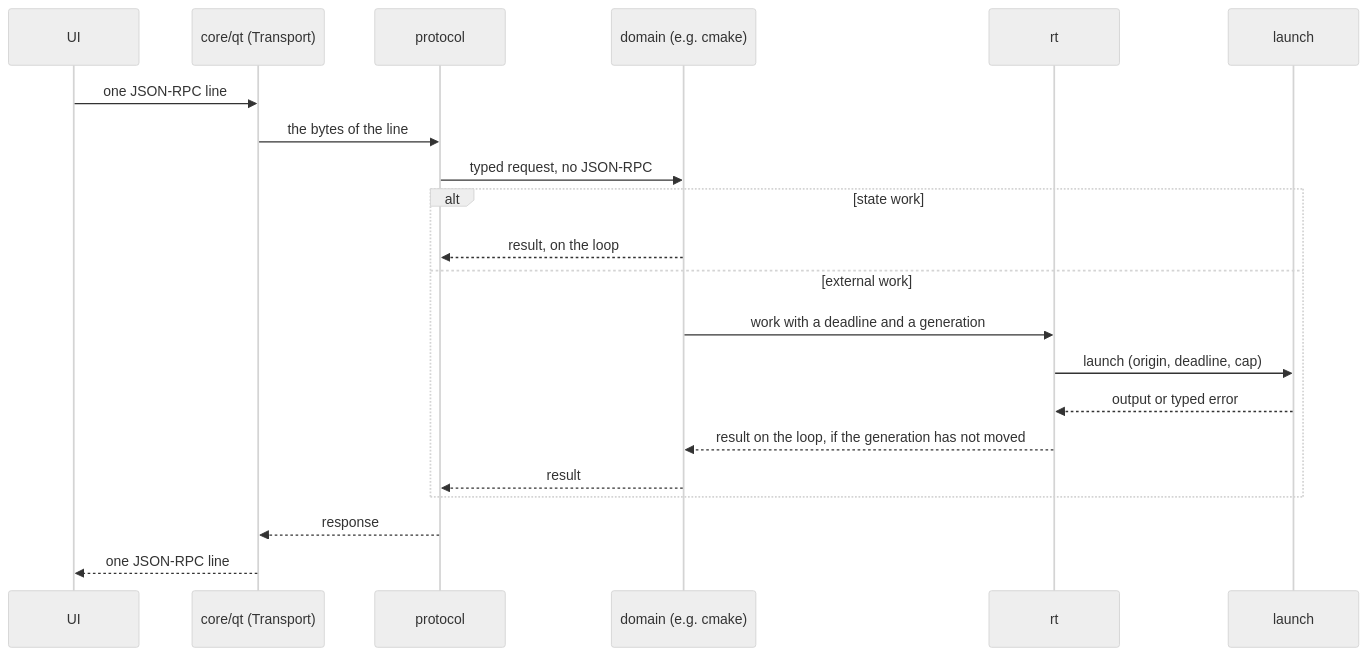
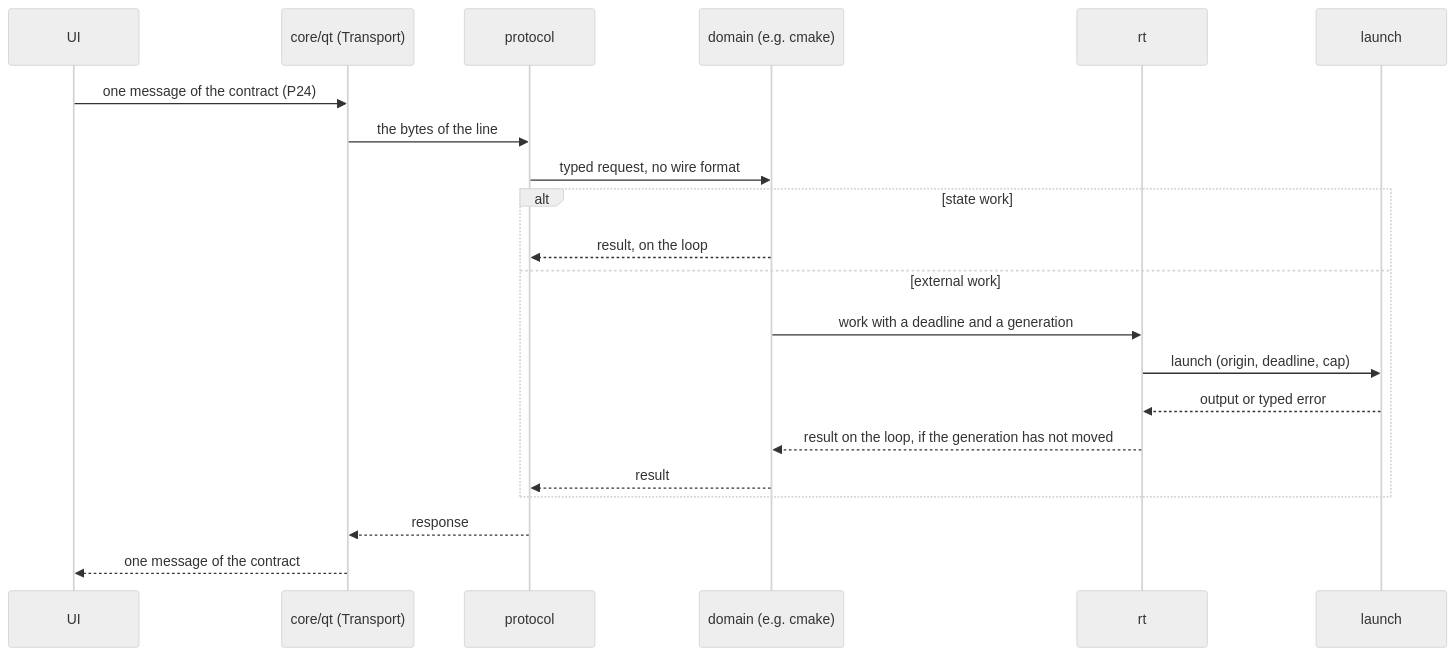
Before and after one commit to ViktorWalde/KineinVectis: the first of 2 diagrams in docs/architecture/execution-and-concurrency.md, drawn with Mermaid (neutral theme). The commit also changed other lines of this file and 5 other files, not shown here.

````diff
--- a/docs/architecture/execution-and-concurrency.md
+++ b/docs/architecture/execution-and-concurrency.md
@@ -41,23 +41,23 @@
 ```mermaid
 sequenceDiagram
     participant UI
     participant T as core/qt (Transport)
     participant P as protocol
     participant D as domain (e.g. cmake)
     participant R as rt
     participant L as launch
-    UI->>T: one JSON-RPC line
+    UI->>T: one message of the contract (P24)
     T->>P: the bytes of the line
-    P->>D: typed request, no JSON-RPC
+    P->>D: typed request, no wire format
     alt state work
         D-->>P: result, on the loop
     else external work
         D->>R: work with a deadline and a generation
         R->>L: launch (origin, deadline, cap)
         L-->>R: output or typed error
         R-->>D: result on the loop, if the generation has not moved
         D-->>P: result
     end
     P-->>T: response
-    T-->>UI: one JSON-RPC line
+    T-->>UI: one message of the contract
 ```
````
